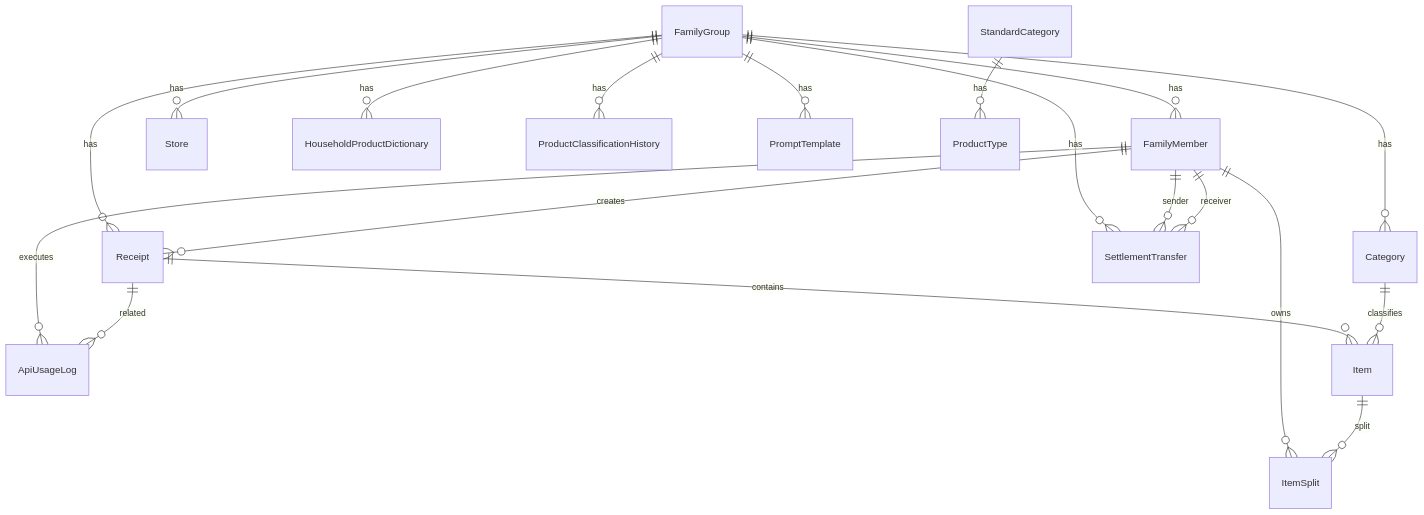
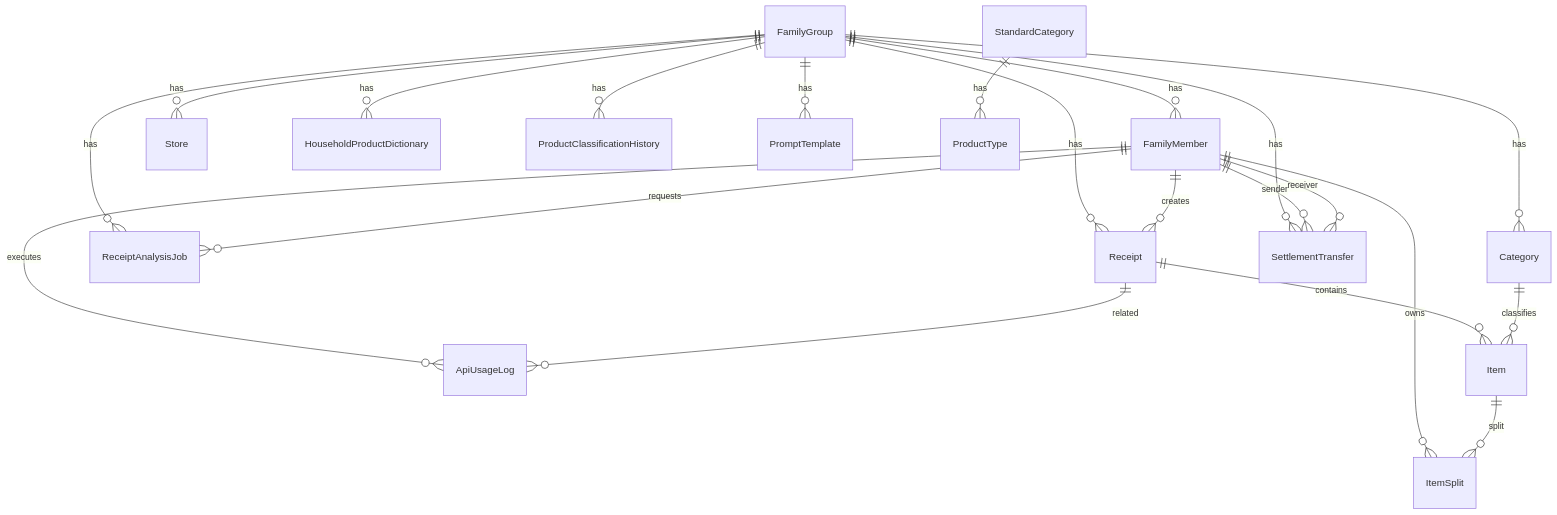
One commit to yama180sx/receipt-ai-app changed the diagram in docs/design/database-schema.md. Above: the diagram before and after it, drawn with Mermaid. The commit also changed other lines of this file and 28 other files, not shown here.

````diff
--- a/docs/design/database-schema.md
+++ b/docs/design/database-schema.md
@@ -326,26 +358,28 @@
 ```mermaid
 erDiagram
     FamilyGroup ||--o{ FamilyMember : has
     FamilyGroup ||--o{ Receipt : has
+    FamilyGroup ||--o{ ReceiptAnalysisJob : has
     FamilyGroup ||--o{ Category : has
     FamilyGroup ||--o{ Store : has
     FamilyGroup ||--o{ HouseholdProductDictionary : has
     FamilyGroup ||--o{ ProductClassificationHistory : has
     FamilyGroup ||--o{ PromptTemplate : has
     FamilyGroup ||--o{ SettlementTransfer : has
 
     FamilyMember ||--o{ Receipt : creates
+    FamilyMember ||--o{ ReceiptAnalysisJob : requests
     FamilyMember ||--o{ ApiUsageLog : executes
     FamilyMember ||--o{ ItemSplit : owns
 
     Receipt ||--o{ Item : contains
     Receipt ||--o{ ApiUsageLog : related
 
     Category ||--o{ Item : classifies
     StandardCategory ||--o{ ProductType : has
 
     Item ||--o{ ItemSplit : split
 
     FamilyMember ||--o{ SettlementTransfer : sender
     FamilyMember ||--o{ SettlementTransfer : receiver
 ```
````
